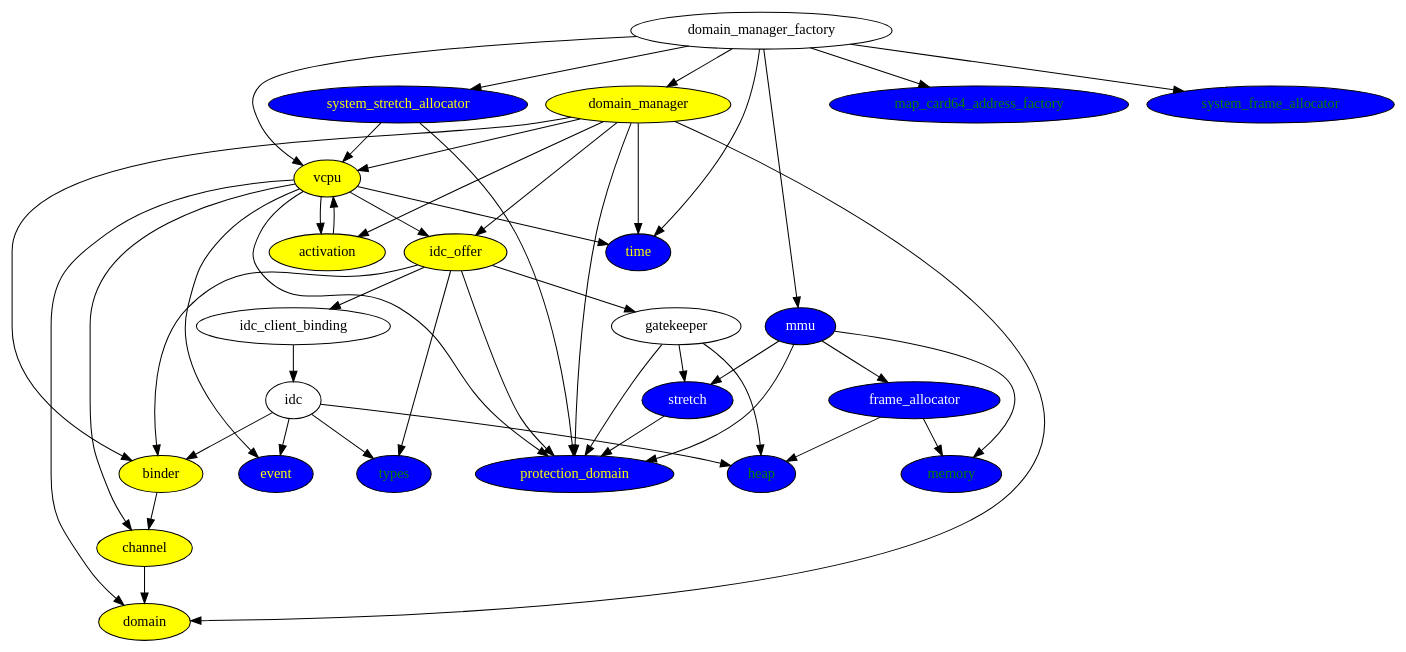
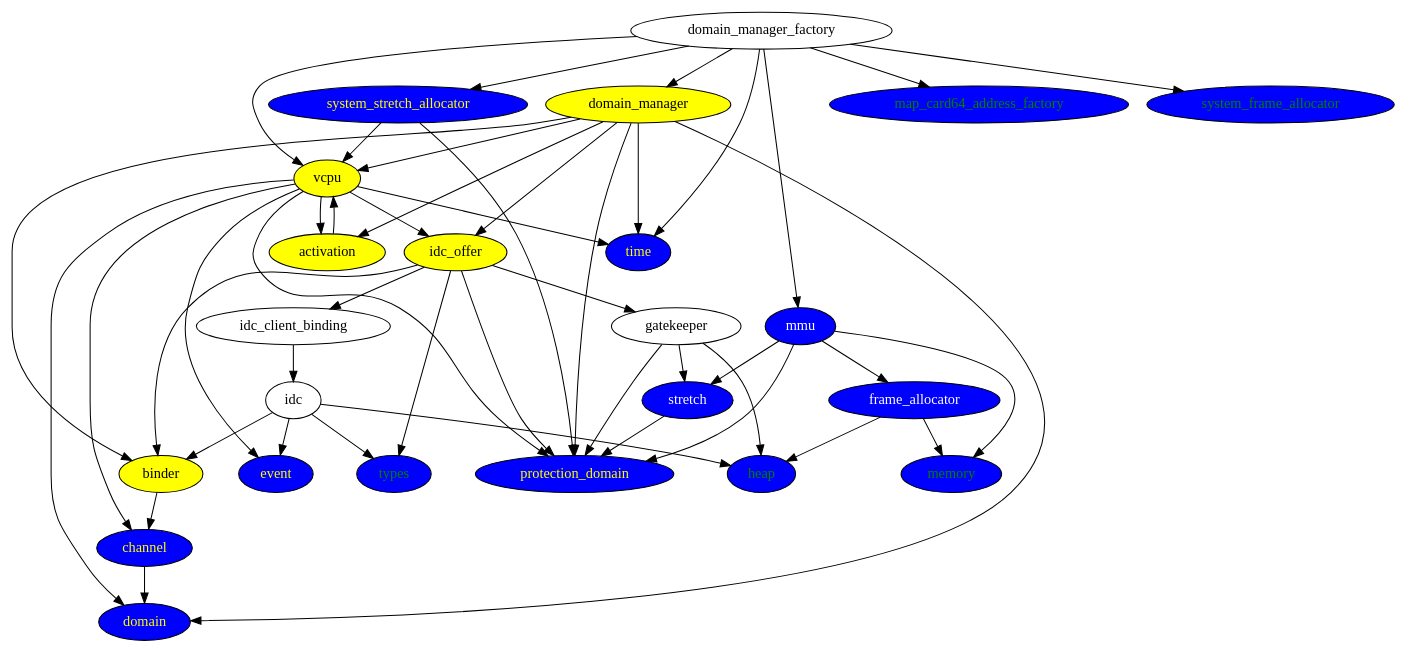
The diagram in docs/needs_boot.dot (metta-systems/metta), drawn with Graphviz before and after one commit.

Commit message:
Mark domain and channel ready.

```diff
--- a/docs/needs_boot.dot
+++ b/docs/needs_boot.dot
@@ -1,71 +1,71 @@
 digraph {
 # Stuff we're after (what domain_manager and vcpu need)
 	vcpu [style=filled,fillcolor=yellow,color=black,fontcolor=black];
-	domain [style=filled,fillcolor=yellow,color=black,fontcolor=black];
+	domain [style=filled,fillcolor=blue,color=black,fontcolor=yellow];
 	domain_manager [style=filled,fillcolor=yellow,color=black,fontcolor=black];
 	binder [style=filled,fillcolor=yellow,color=black,fontcolor=black];
 	idc_offer [style=filled,fillcolor=yellow,color=black,fontcolor=black];
 	activation [style=filled,fillcolor=yellow,color=black,fontcolor=black];
 	system_stretch_allocator [style=filled,fillcolor=blue,color=black,fontcolor=yellow];
 	time [style=filled,fillcolor=blue,color=black,fontcolor=yellow];
 	protection_domain [style=filled,fillcolor=blue,color=black,fontcolor=yellow];
-	channel [style=filled,fillcolor=yellow,color=black,fontcolor=black];
+	channel [style=filled,fillcolor=blue,color=black,fontcolor=yellow];
 	event [style=filled,fillcolor=blue,color=black,fontcolor=yellow];
 # Leaf Nodes
 	heap [style=filled,fillcolor=blue,color=black,fontcolor=green];
 	map_card64_address_factory [style=filled,fillcolor=blue,color=black,fontcolor=green];
 	types [style=filled,fillcolor=blue,color=black,fontcolor=green];
 	memory [style=filled,fillcolor=blue,color=black,fontcolor=green];
 	system_frame_allocator [style=filled,fillcolor=blue,color=black,fontcolor=green];
 # Non-leaf nodes
     frame_allocator [style=filled,fillcolor=blue,fontcolor=white];
     stretch [style=filled,fillcolor=blue,fontcolor=white];
     mmu [style=filled,fillcolor=blue,fontcolor=white];
 
 	activation -> vcpu;
 	binder -> channel;
 	channel -> domain;
 	domain_manager -> activation;
 	domain_manager -> protection_domain;
 	domain_manager -> time;
 	domain_manager -> domain;
 	domain_manager -> vcpu;
 	domain_manager -> idc_offer;
 	domain_manager -> binder;
 	domain_manager_factory -> system_stretch_allocator;
 	domain_manager_factory -> time;
 	domain_manager_factory -> domain_manager;
 	domain_manager_factory -> system_frame_allocator;
 	domain_manager_factory -> map_card64_address_factory;
 	domain_manager_factory -> mmu;
 	domain_manager_factory -> vcpu;
 	frame_allocator -> memory;
 	frame_allocator -> heap;
 	gatekeeper -> heap;
 	gatekeeper -> stretch;
 	gatekeeper -> protection_domain;
 	idc -> heap;
 	idc -> binder;
 	idc -> event;
 	idc -> types;
 	idc_client_binding -> idc;
 	idc_offer -> types;
 	idc_offer -> binder;
 	idc_offer -> protection_domain;
 	idc_offer -> idc_client_binding;
 	idc_offer -> gatekeeper;
 	mmu -> frame_allocator;
 	mmu -> memory; 
 	mmu -> protection_domain;
 	mmu -> stretch;
 	stretch -> protection_domain;
 	system_stretch_allocator -> protection_domain;
 	system_stretch_allocator -> vcpu;
 	vcpu -> activation;
 	vcpu -> channel;
 	vcpu -> event;
 	vcpu -> time;
 	vcpu -> domain;
 	vcpu -> protection_domain;
 	vcpu -> idc_offer;
 }
```
